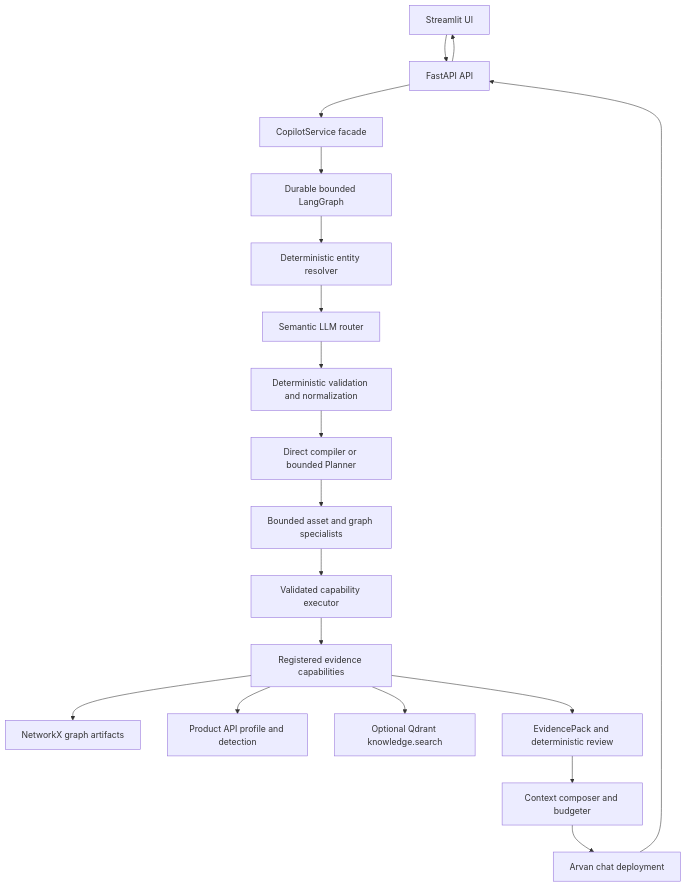
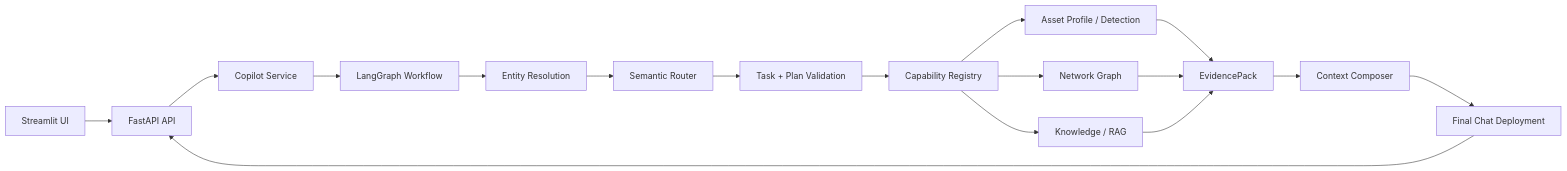
Before and after one commit to alirzx/Soorin_Copilot: the diagram in README.md, drawn with Mermaid. The commit also changed other lines of this file and 2 other files, not shown here.

Commit message:
docs: update product and evidence context documentation

````diff
--- a/README.md
+++ b/README.md
@@ -11,21 +34,19 @@
 ```mermaid
-flowchart TD
+flowchart LR
     UI[Streamlit UI] --> API[FastAPI API]
-    API --> Service[CopilotService facade]
-    Service --> Workflow[Durable bounded LangGraph]
-    Workflow --> Entity[Deterministic entity resolver]
-    Entity --> Router[Semantic LLM router]
-    Router --> Validate[Deterministic validation and normalization]
-    Validate --> Plan[Direct compiler or bounded Planner]
-    Plan --> Specialists[Bounded asset and graph specialists]
-    Specialists --> Executor[Validated capability executor]
-    Executor --> Providers[Registered evidence capabilities]
-    Providers --> Graph[NetworkX graph artifacts]
-    Providers --> Product[Product API profile and detection]
-    Providers --> RAG[Optional Qdrant knowledge.search]
-    Providers --> Review[EvidencePack and deterministic review]
-    Review --> Context[Context composer and budgeter]
-    Context --> LLM[Arvan chat deployment]
+    API --> Service[Copilot Service]
+    Service --> Workflow[LangGraph Workflow]
+    Workflow --> Resolve[Entity Resolution]
+    Resolve --> Router[Semantic Router]
+    Router --> Validate[Task + Plan Validation]
+    Validate --> Caps[Capability Registry]
+    Caps --> Product[Asset Profile / Detection]
+    Caps --> Graph[Network Graph]
+    Caps --> RAG[Knowledge / RAG]
+    Product --> Evidence[EvidencePack]
+    Graph --> Evidence
+    RAG --> Evidence
+    Evidence --> Composer[Context Composer]
+    Composer --> LLM[Final Chat Deployment]
     LLM --> API
-    API --> UI
 ```
````
